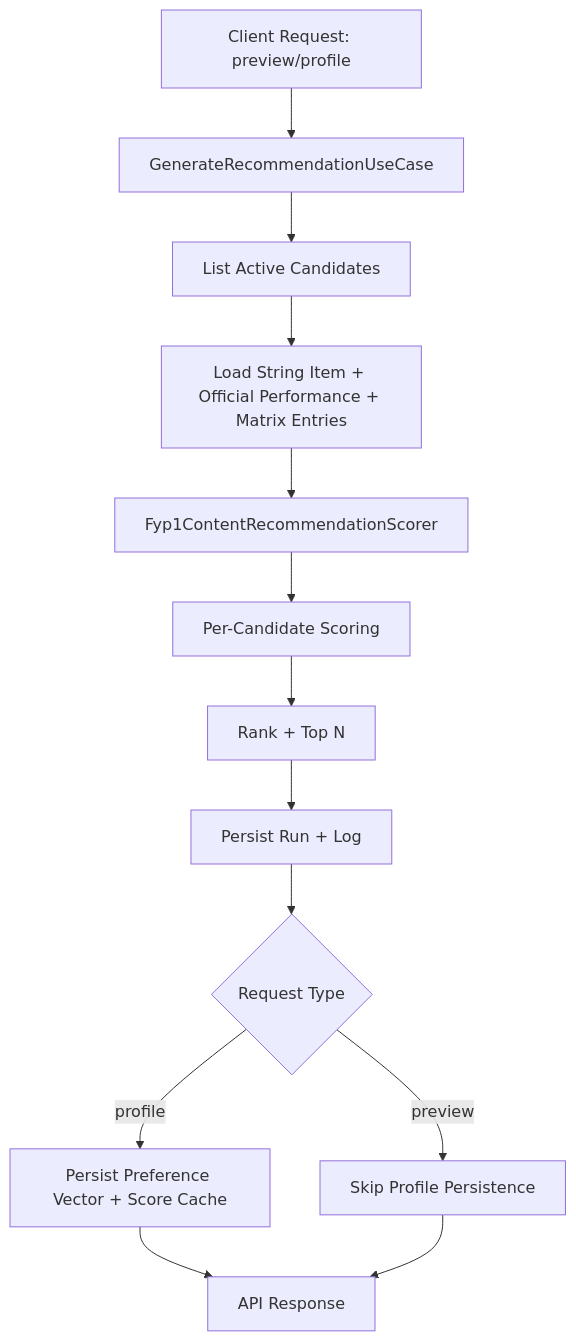
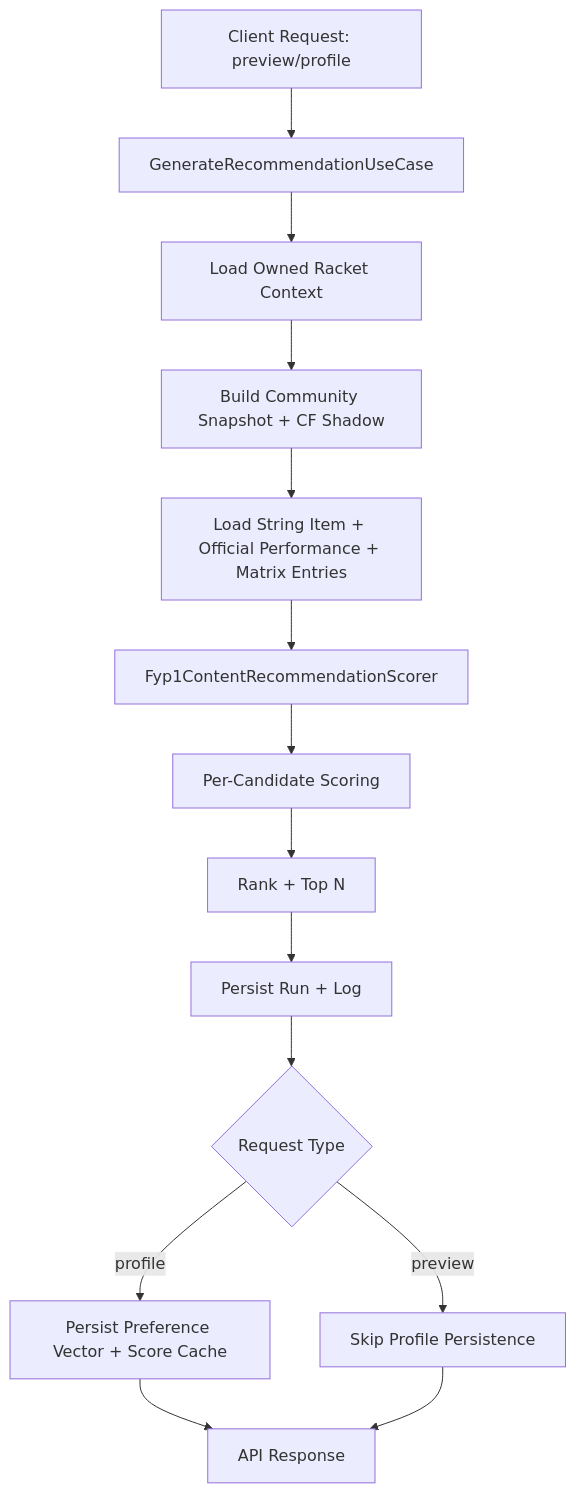
The first of 3 diagrams in backend/docs/recommendation-design.md (Liwei1020T/fyp_utar), drawn with Mermaid before and after one commit. The commit also changed other lines of this file and 35 other files, not shown here.

````diff
--- a/backend/docs/recommendation-design.md
+++ b/backend/docs/recommendation-design.md
@@ -22,15 +26,16 @@
 ```mermaid
 flowchart TD
     A[Client Request: preview/profile] --> B[GenerateRecommendationUseCase]
-    B --> C[List Active Candidates]
-    C --> D[Load String Item + Official Performance + Matrix Entries]
-    D --> E[Fyp1ContentRecommendationScorer]
-    E --> F[Per-Candidate Scoring]
-    F --> G[Rank + Top N]
-    G --> H[Persist Run + Log]
-    H --> I{Request Type}
-    I -->|profile| J[Persist Preference Vector + Score Cache]
-    I -->|preview| K[Skip Profile Persistence]
-    J --> L[API Response]
-    K --> L
+    B --> C[Load Owned Racket Context]
+    C --> D[Build Community Snapshot + CF Shadow]
+    D --> E[Load String Item + Official Performance + Matrix Entries]
+    E --> F[Fyp1ContentRecommendationScorer]
+    F --> G[Per-Candidate Scoring]
+    G --> H[Rank + Top N]
+    H --> I[Persist Run + Log]
+    I --> J{Request Type}
+    J -->|profile| K[Persist Preference Vector + Score Cache]
+    J -->|preview| L[Skip Profile Persistence]
+    K --> M[API Response]
+    L --> M
 ```
````
